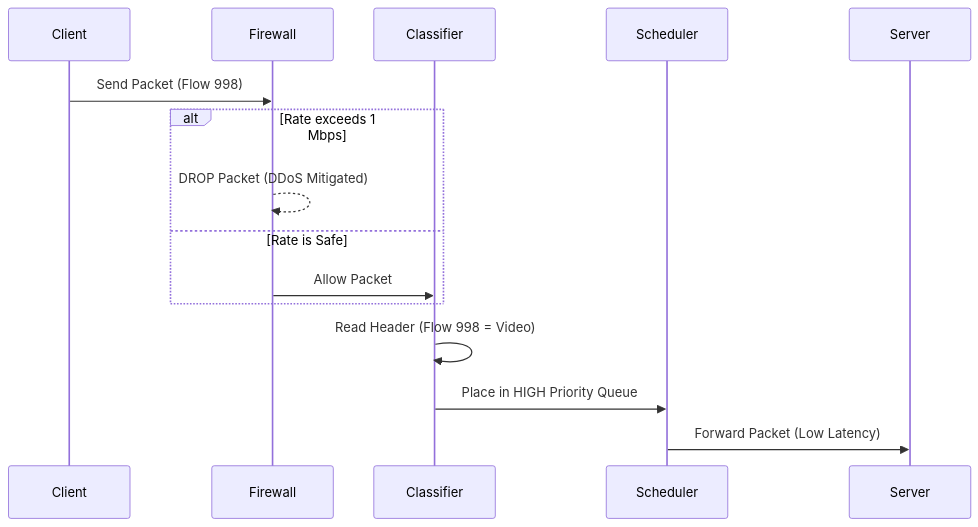
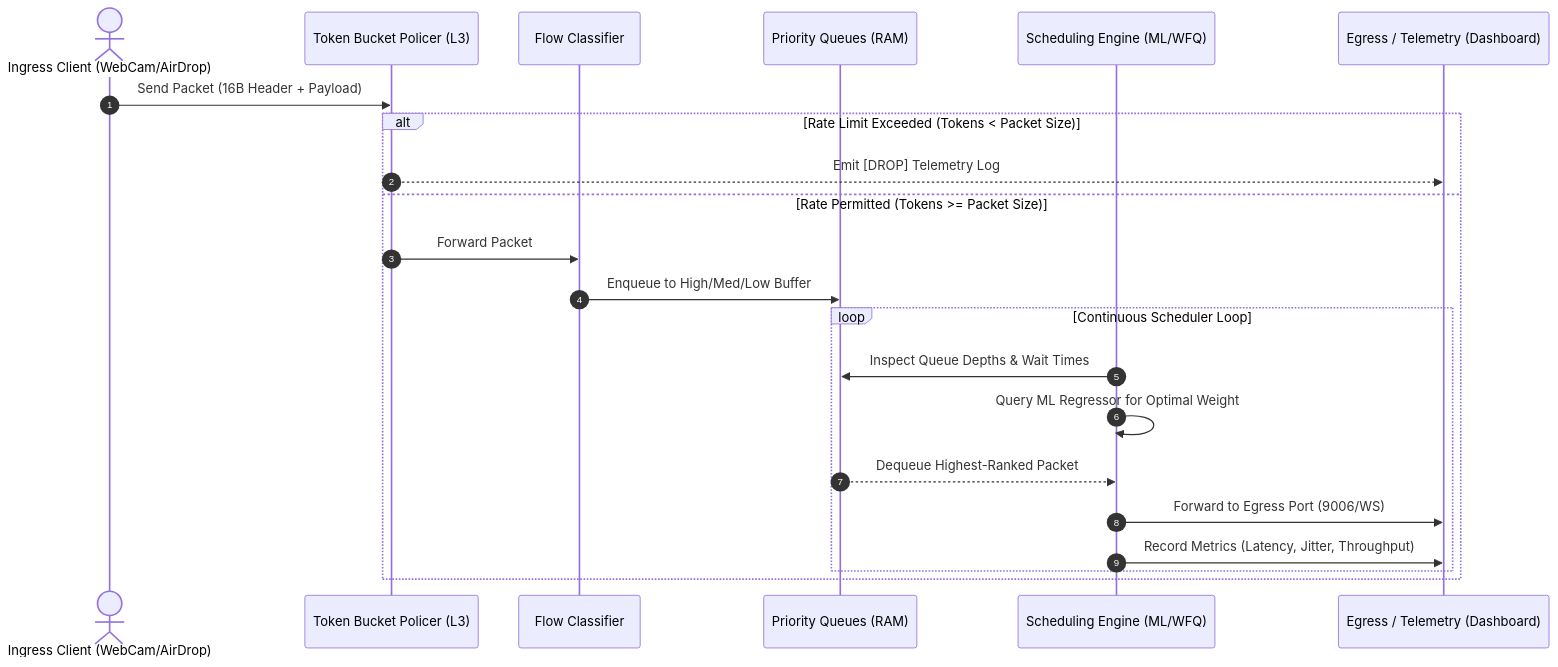
The second of 3 diagrams in README.md (rakshita1802/NetQoS), drawn with Mermaid before and after one commit. The commit also changed other lines of this file, not shown here.

````diff
--- a/README.md
+++ b/README.md
@@ -66,18 +145,24 @@
 ```mermaid
 sequenceDiagram
-    participant Client
-    participant Firewall
-    participant Classifier
-    participant Scheduler
-    participant Server
-
-    Client->>Firewall: Send Packet (Flow 998)
-    alt Rate exceeds 1 Mbps
-        Firewall-->>Firewall: DROP Packet (DDoS Mitigated)
-    else Rate is Safe
-        Firewall->>Classifier: Allow Packet
+    autonumber
+    actor Client as Ingress Client (WebCam/AirDrop)
+    participant Policer as Token Bucket Policer (L3)
+    participant Classifier as Flow Classifier
+    participant Queues as Priority Queues (RAM)
+    participant Scheduler as Scheduling Engine (ML/WFQ)
+    participant Egress as Egress / Telemetry (Dashboard)
+    Client->>Policer: Send Packet (16B Header + Payload)
+    alt Rate Limit Exceeded (Tokens < Packet Size)
+        Policer-->>Egress: Emit [DROP] Telemetry Log
+    else Rate Permitted (Tokens >= Packet Size)
+        Policer->>Classifier: Forward Packet
+        Classifier->>Queues: Enqueue to High/Med/Low Buffer
+        loop Continuous Scheduler Loop
+            Scheduler->>Queues: Inspect Queue Depths & Wait Times
+            Scheduler->>Scheduler: Query ML Regressor for Optimal Weight
+            Queues-->>Scheduler: Dequeue Highest-Ranked Packet
+            Scheduler->>Egress: Forward to Egress Port (9006/WS)
+            Scheduler->>Egress: Record Metrics (Latency, Jitter, Throughput)
+        end
     end
-    Classifier->>Classifier: Read Header (Flow 998 = Video)
-    Classifier->>Scheduler: Place in HIGH Priority Queue
-    Scheduler->>Server: Forward Packet (Low Latency)
 ```
````
